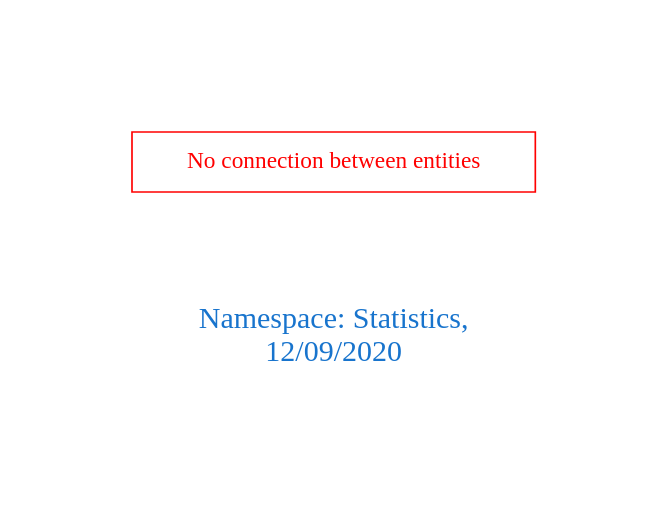
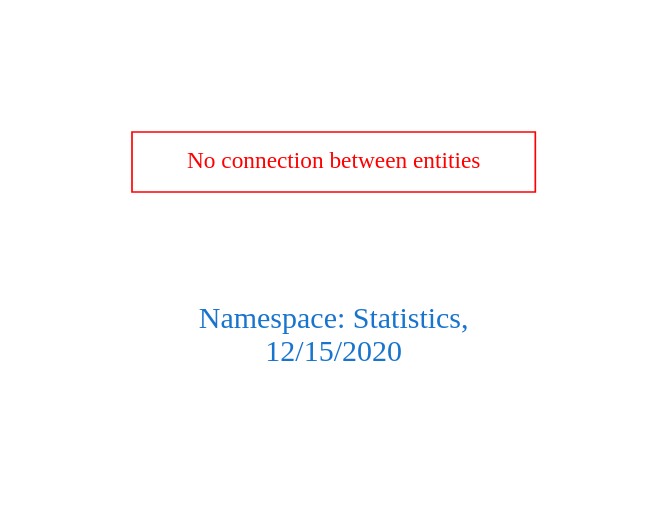
One commit to arago/OGIT changed the diagram in downloads/Statistics.dot. Above: the diagram before and after it, drawn with Graphviz. The commit also changed 1860 other files, not shown here.

```diff
--- a/downloads/Statistics.dot
+++ b/downloads/Statistics.dot
@@ -1,9 +1,9 @@
 digraph OGIT_ontology {
  graph [ rankdir= LR,pad=1 
 fontsize = 18,
-fontcolor= dodgerblue3,label = "\n\n\nNamespace: Statistics, \n 12/09/2020"];
+fontcolor= dodgerblue3,label = "\n\n\nNamespace: Statistics, \n 12/15/2020"];
 node[shape=polygon];
 edge [  color="gray81"];
 
 "No connection between entities" [fontcolor = "red",color="red", shape="polygon"]
 }
```
